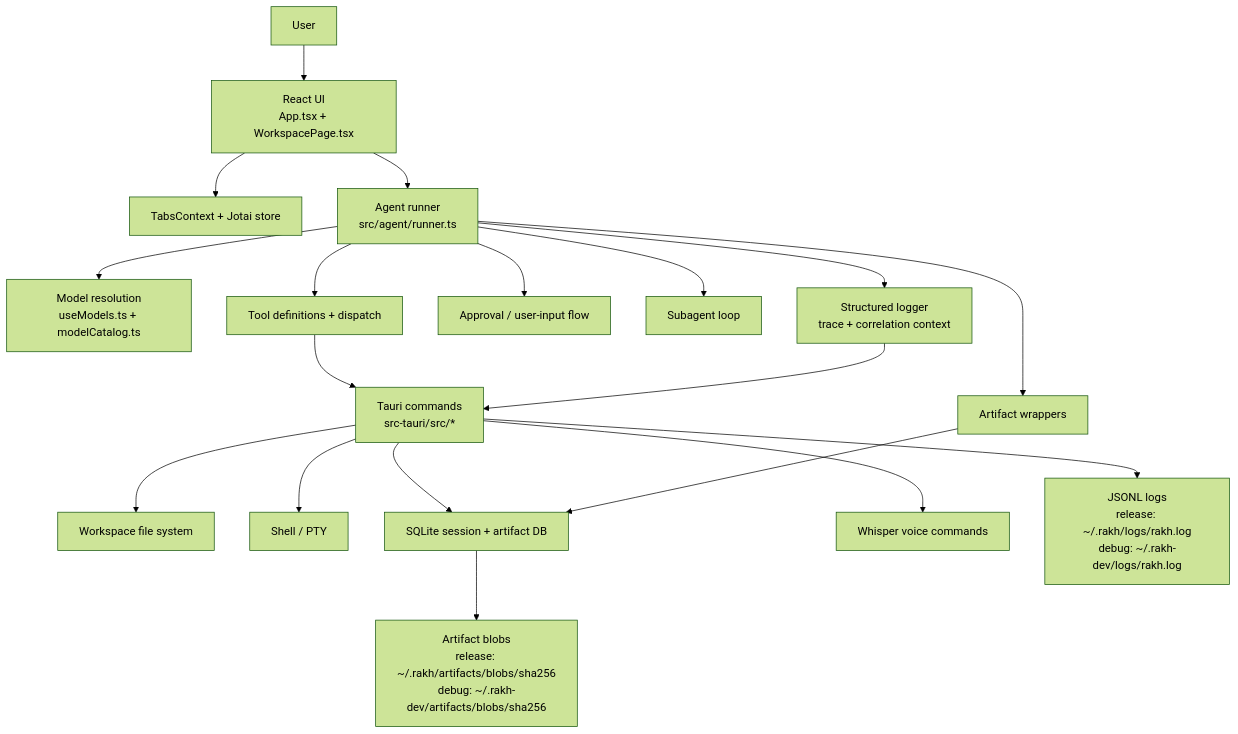
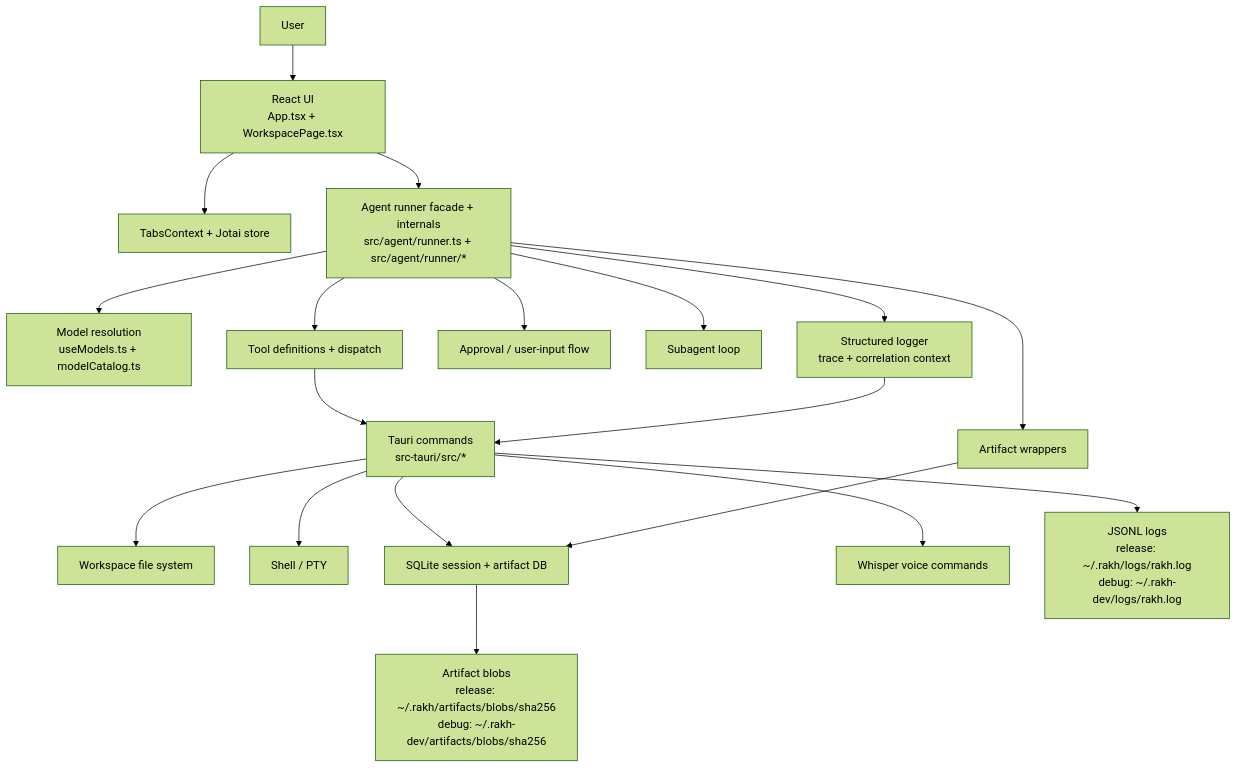
Before and after one commit to amir-s/rakh: the diagram in docs/architecture.md, drawn with Mermaid (forest theme). The commit also changed other lines of this file and 21 other files, not shown here.

Commit message:
refactor(agent): split runner internals

````diff
--- a/docs/architecture.md
+++ b/docs/architecture.md
@@ -20,21 +20,21 @@
 ```mermaid
 graph TB
     User["User"] --> UI["React UI<br/>App.tsx + WorkspacePage.tsx"]
     UI --> Tabs["TabsContext + Jotai store"]
-    UI --> Runner["Agent runner<br/>src/agent/runner.ts"]
+    UI --> Runner["Agent runner facade + internals<br/>src/agent/runner.ts + src/agent/runner/*"]
     Runner --> Models["Model resolution<br/>useModels.ts + modelCatalog.ts"]
     Runner --> Tools["Tool definitions + dispatch"]
     Runner --> Approvals["Approval / user-input flow"]
     Runner --> Subagents["Subagent loop"]
     Tools --> Tauri["Tauri commands<br/>src-tauri/src/*"]
     Tauri --> FS["Workspace file system"]
     Tauri --> Exec["Shell / PTY"]
     Tauri --> SQLite["SQLite session + artifact DB"]
     Tauri --> Whisper["Whisper voice commands"]
     Runner --> Artifacts["Artifact wrappers"]
     Runner --> Logs["Structured logger<br/>trace + correlation context"]
     Artifacts --> SQLite
     Logs --> Tauri
     SQLite --> Blobs["Artifact blobs<br/>release: ~/.rakh/artifacts/blobs/sha256<br/>debug: ~/.rakh-dev/artifacts/blobs/sha256"]
     Tauri --> LogFiles["JSONL logs<br/>release: ~/.rakh/logs/rakh.log<br/>debug: ~/.rakh-dev/logs/rakh.log"]
 ```
````
